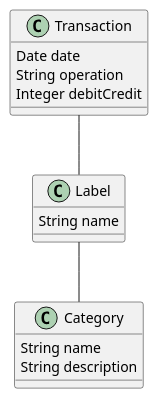
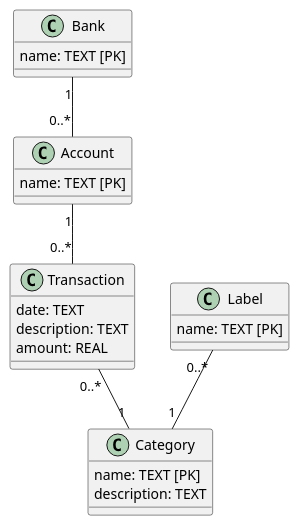
The diagram in source/doc/database_project.class.plantuml (nboutin/buba_engine), drawn with PlantUML before and after one commit. The commit also changed 2 other files, not shown here.

```diff
--- a/source/doc/database_project.class.plantuml
+++ b/source/doc/database_project.class.plantuml
@@ -1,21 +1,32 @@
 @startuml
 
+class Bank {
+	name: TEXT [PK]
+}
+
+class Account {
+	name: TEXT [PK]
+}
+
 class Transaction {
-	Date date
-	String operation
-	Integer debitCredit
+	date: TEXT
+	description: TEXT
+	amount: REAL
+}
+
+class Label {
+	name: TEXT [PK]
 }
 
 class Category {
-	String name
-	String description
+	name: TEXT [PK]
+	description: TEXT
 }
 
-class Label {
-	String name
-}
 
-Transaction -- Label
-Label -- Category
+Bank "1" -- "0..*" Account
+Account "1" -- "0..*" Transaction
+Transaction "0..*" -- "1" Category
+Label "0..*" -- "1" Category
 
 @enduml
```
